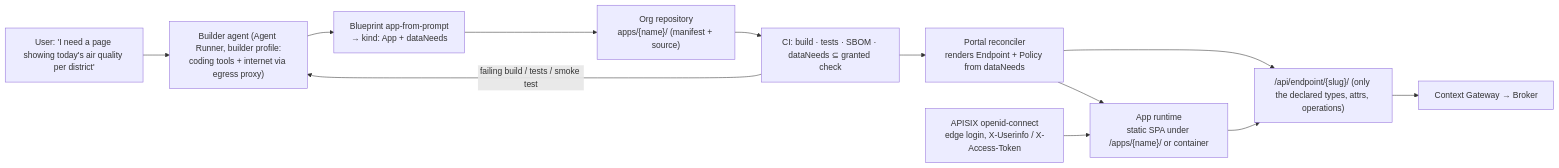
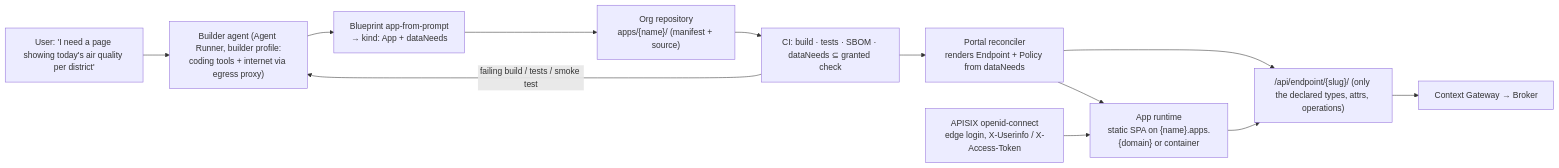
Before and after one commit to marek-mraz-jc/joinedcontext-docs: the first of 3 diagrams in Architecture/16-apps-on-demand.md, drawn with Mermaid. The commit also changed other lines of this file and 18 other files, not shown here.

Commit message:
T-2477: ADR-N-037: an origin per App and an egress allow-list per App; AP-133 to AP-135, the app pages name the host (T-2477)

````diff
--- a/Architecture/16-apps-on-demand.md
+++ b/Architecture/16-apps-on-demand.md
@@ -10,15 +10,15 @@
 ```mermaid
 flowchart LR
     U["User: 'I need a page showing today's air quality per district'"]
     AG["Builder agent (Agent Runner, builder profile:<br/>coding tools + internet via egress proxy)"]
     BP["Blueprint app-from-prompt<br/>→ kind: App + dataNeeds"]
     REPO["Org repository<br/>apps/{name}/ (manifest + source)"]
     CI["CI: build · tests · SBOM · dataNeeds ⊆ granted check"]
     REC["Portal reconciler<br/>renders Endpoint + Policy from dataNeeds"]
     EP["/api/endpoint/{slug}/ (only the declared types, attrs, operations)"]
-    RUN["App runtime<br/>static SPA under /apps/{name}/ or container"]
+    RUN["App runtime<br/>static SPA on {name}.apps.{domain} or container"]
     U --> AG --> BP --> REPO --> CI --> REC --> EP
     CI -- "failing build / tests / smoke test" --> AG
     REC --> RUN --> EP --> CB["Context Gateway → Broker"]
     EDGE["APISIX openid-connect<br/>edge login, X-Userinfo / X-Access-Token"] --> RUN
 ```
````
